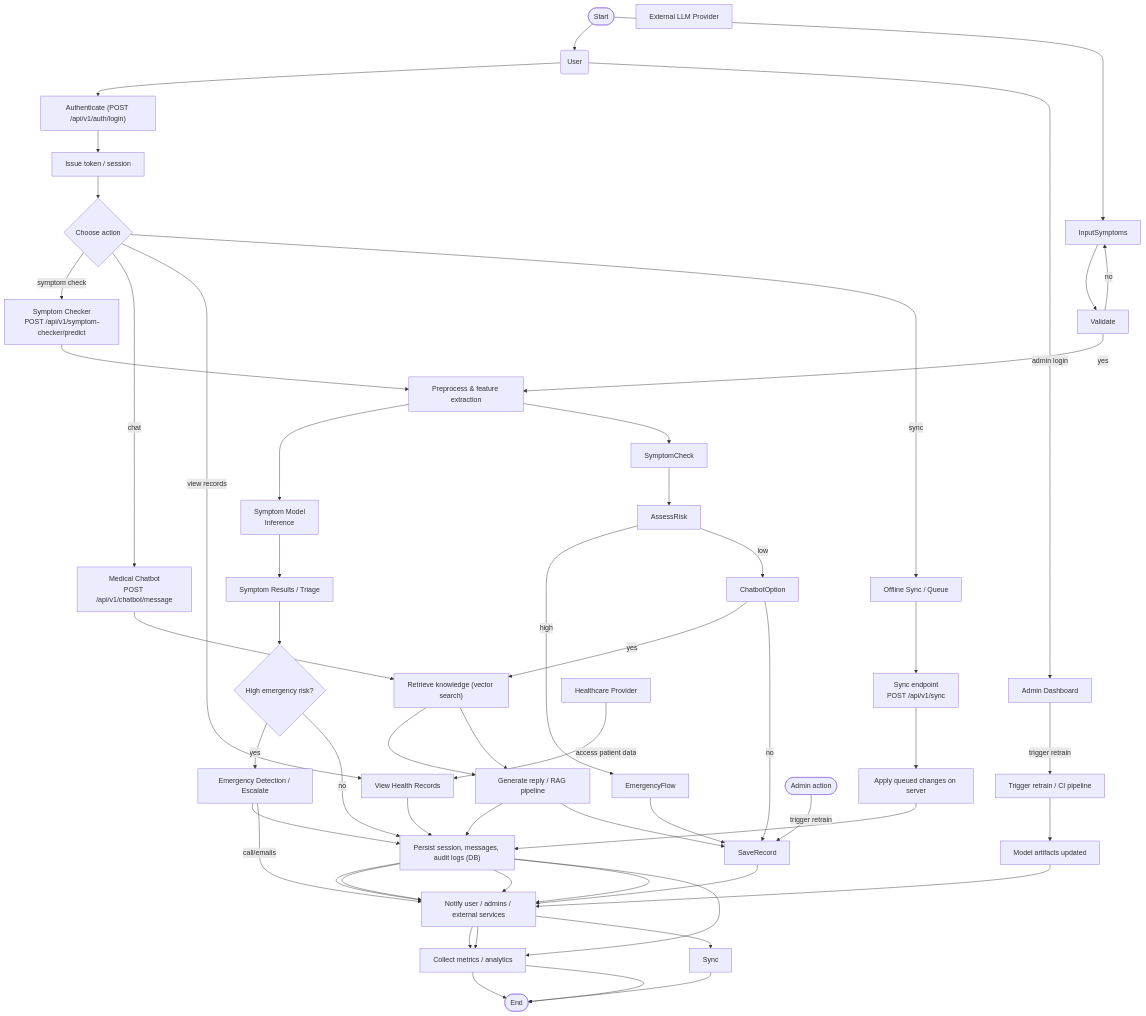
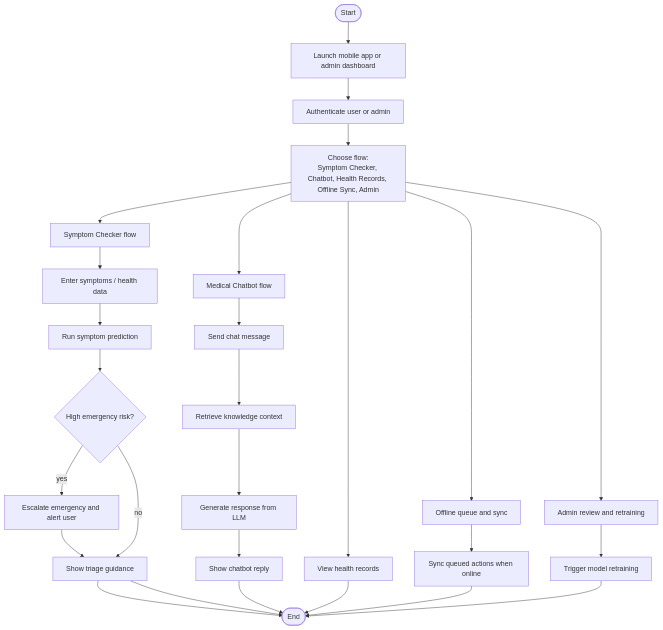
One commit to SKS-650/AI-Healthcare-Assistant-for-Rular-Areas changed the diagram in readme/ActivityDiagram.md. Above: the diagram before and after it, drawn with Mermaid. The commit also changed other lines of this file, not shown here.

Commit message:
activity diagram is updated

````diff
--- a/readme/ActivityDiagram.md
+++ b/readme/ActivityDiagram.md
@@ -5,82 +5,42 @@
 ```mermaid
 flowchart TD
-  %% Activity-style flowchart compatible with GitHub/VS Code Mermaid
   Start([Start])
-  User(User)
-  Auth["Authenticate (POST /api/v1/auth/login)"]
-  Token["Issue token / session"]
+  LaunchApp["Launch mobile app or admin dashboard"]
+  Authenticate["Authenticate user or admin"]
+  MainMenu["Choose flow:\nSymptom Checker, Chatbot, Health Records, Offline Sync, Admin"]
 
-  Choose{Choose action}
-  Symptom["Symptom Checker\nPOST /api/v1/symptom-checker/predict"]
-  Chat["Medical Chatbot\nPOST /api/v1/chatbot/message"]
-  ViewRecords["View Health Records"]
-  Offline["Offline Sync / Queue"]
-  AdminPanel["Admin Dashboard"]
+  SymptomFlow["Symptom Checker flow"]
+  InputSymptoms["Enter symptoms / health data"]
+  Predict["Run symptom prediction"]
+  RiskCheck{"High emergency risk?"}
+  EmergencyAction["Escalate emergency and alert user"]
+  Triage["Show triage guidance"]
 
-  Preprocess["Preprocess & feature extraction"]
-  SymptomModel["Symptom Model\nInference"]
-  SymptomResults["Symptom Results / Triage"]
-  RiskCheck{High emergency risk?}
-  Emergency["Emergency Detection / Escalate"]
+  ChatFlow["Medical Chatbot flow"]
+  UserMessage["Send chat message"]
+  Retrieve["Retrieve knowledge context"]
+  Generate["Generate response from LLM"]
+  ChatReply["Show chatbot reply"]
 
-  Retrieve["Retrieve knowledge (vector search)"]
-  LLM["External LLM Provider"]
-  Generate["Generate reply / RAG pipeline"]
-  Persist["Persist session, messages, audit logs (DB)"]
-  Notify["Notify user / admins / external services"]
+  RecordsFlow["View health records"]
+  OfflineFlow["Offline queue and sync"]
+  Sync["Sync queued actions when online"]
 
-  SyncEndpoint["Sync endpoint\nPOST /api/v1/sync"]
-  ApplySync["Apply queued changes on server"]
+  AdminFlow["Admin review and retraining"]
+  Retrain["Trigger model retraining"]
 
-  Retrain["Trigger retrain / CI pipeline"]
-  ModelStore["Model artifacts updated"]
-
-  Analytics["Collect metrics / analytics"]
   End([End])
 
-  %% Primary flow
-  Start --> User --> Auth --> Token --> Choose
+  Start --> LaunchApp --> Authenticate --> MainMenu
+  MainMenu --> SymptomFlow
+  SymptomFlow --> InputSymptoms --> Predict --> RiskCheck
+  RiskCheck -->|yes| EmergencyAction --> Triage --> End
+  RiskCheck -->|no| Triage --> End
 
-  %% Symptom flow
-  Choose -->|symptom check| Symptom --> Preprocess --> SymptomModel --> SymptomResults --> RiskCheck
-  RiskCheck -->|yes| Emergency --> Persist --> Notify --> Analytics --> End
-  RiskCheck -->|no| Persist --> Notify
+  MainMenu --> ChatFlow
+  ChatFlow --> UserMessage --> Retrieve --> Generate --> ChatReply --> End
 
-  %% Chatbot flow
-  Choose -->|chat| Chat --> Retrieve --> Generate --> Persist --> Notify --> Analytics
-
-  %% View records flow
-  Choose -->|view records| ViewRecords --> Persist
-
-  %% Offline sync flow
-  Choose -->|sync| Offline --> SyncEndpoint --> ApplySync --> Persist --> Notify
-
-  %% Admin and retrain
-  User -->|admin login| AdminPanel -->|trigger retrain| Retrain --> ModelStore --> Notify
-
-  %% Analytics sink
-  Persist --> Analytics --> End
-
-  %% Healthcare provider path
-  HP[Healthcare Provider] -->|access patient data| ViewRecords
-
-  %% External escalation
-  Emergency -->|call/emails| Notify
-
-  %% Keep labels simple and quoted to maximize compatibility
-
-  Start --> InputSymptoms --> Validate
-  Validate -->|yes| Preprocess --> SymptomCheck --> AssessRisk
-  AssessRisk -->|high| EmergencyFlow --> SaveRecord
-  AssessRisk -->|low| ChatbotOption
-  ChatbotOption -->|yes| Retrieve --> Generate --> SaveRecord
-  ChatbotOption -->|no| SaveRecord
-  SaveRecord --> Notify --> Sync --> End
-  Validate -->|no| InputSymptoms
-
-  %% Optional branches (admin operations, retraining)
-  AdminStart([Admin action]) -->|trigger retrain| SaveRecord
-
-  %% Notes
-  %% Keep this simple to maximize rendering compatibility across viewers
+  MainMenu --> RecordsFlow --> End
+  MainMenu --> OfflineFlow --> Sync --> End
+  MainMenu --> AdminFlow --> Retrain --> End
 ```
````
